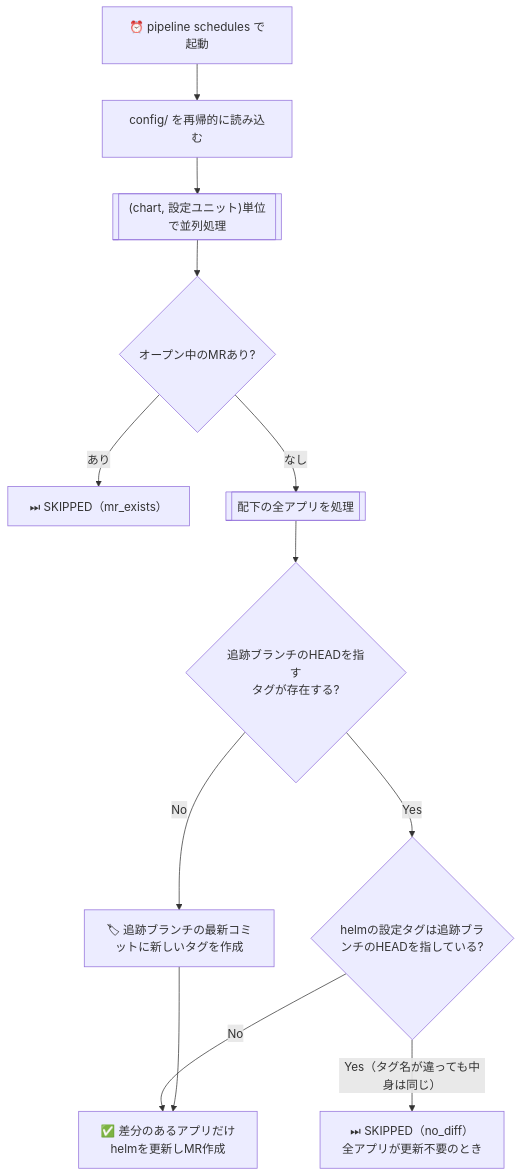
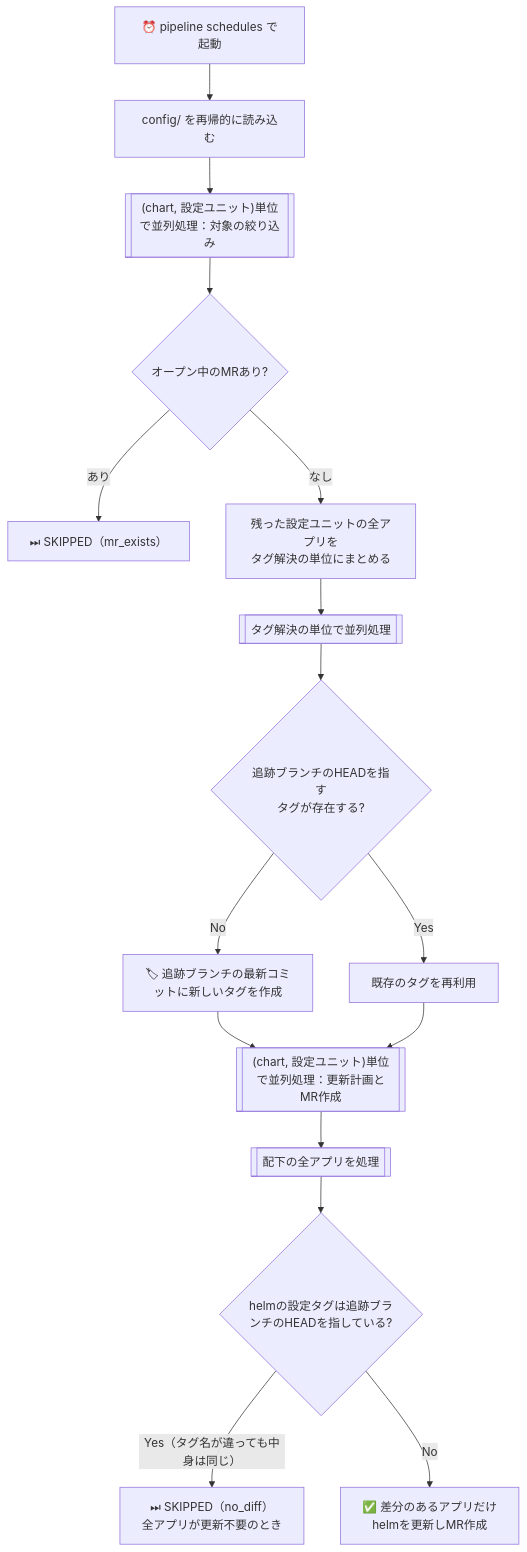
Before and after one commit to sinnlosses/helm-yadokari: the diagram in README.md, drawn with Mermaid. The commit also changed other lines of this file and 4 other files, not shown here.

First line of the commit message:
T-232: 軸交差の規則を docs/architecture.md に書き、README・glossary を追随させる

````diff
--- a/README.md
+++ b/README.md
@@ -143,14 +143,18 @@
 ```mermaid
 flowchart TD
     A[⏰ pipeline schedules で起動] --> B[config/ を再帰的に読み込む]
-    B --> C[["(chart, 設定ユニット)単位で並列処理"]]
+    B --> C[["(chart, 設定ユニット)単位で並列処理：対象の絞り込み"]]
     C --> D{オープン中のMRあり?}
     D -->|あり| E1["⏭ SKIPPED（mr_exists）"]
-    D -->|なし| F[[配下の全アプリを処理]]
-    F --> G{追跡ブランチのHEADを指す<br>タグが存在する?}
+    D -->|なし| K[残った設定ユニットの全アプリを<br/>タグ解決の単位にまとめる]
+    K --> L[[タグ解決の単位で並列処理]]
+    L --> G{追跡ブランチのHEADを指す<br>タグが存在する?}
     G -->|No| H1[🏷 追跡ブランチの最新コミットに新しいタグを作成]
-    G -->|Yes| I{helmの設定タグは追跡ブランチのHEADを指している?}
+    G -->|Yes| H2[既存のタグを再利用]
+    H1 --> M[["(chart, 設定ユニット)単位で並列処理：更新計画とMR作成"]]
+    H2 --> M
+    M --> F[[配下の全アプリを処理]]
+    F --> I{helmの設定タグは追跡ブランチのHEADを指している?}
     I -->|Yes（タグ名が違っても中身は同じ）| E2["⏭ SKIPPED（no_diff）<br/>全アプリが更新不要のとき"]
     I -->|No| J[✅ 差分のあるアプリだけ<br>helmを更新しMR作成]
-    H1 --> J
 ```
````
